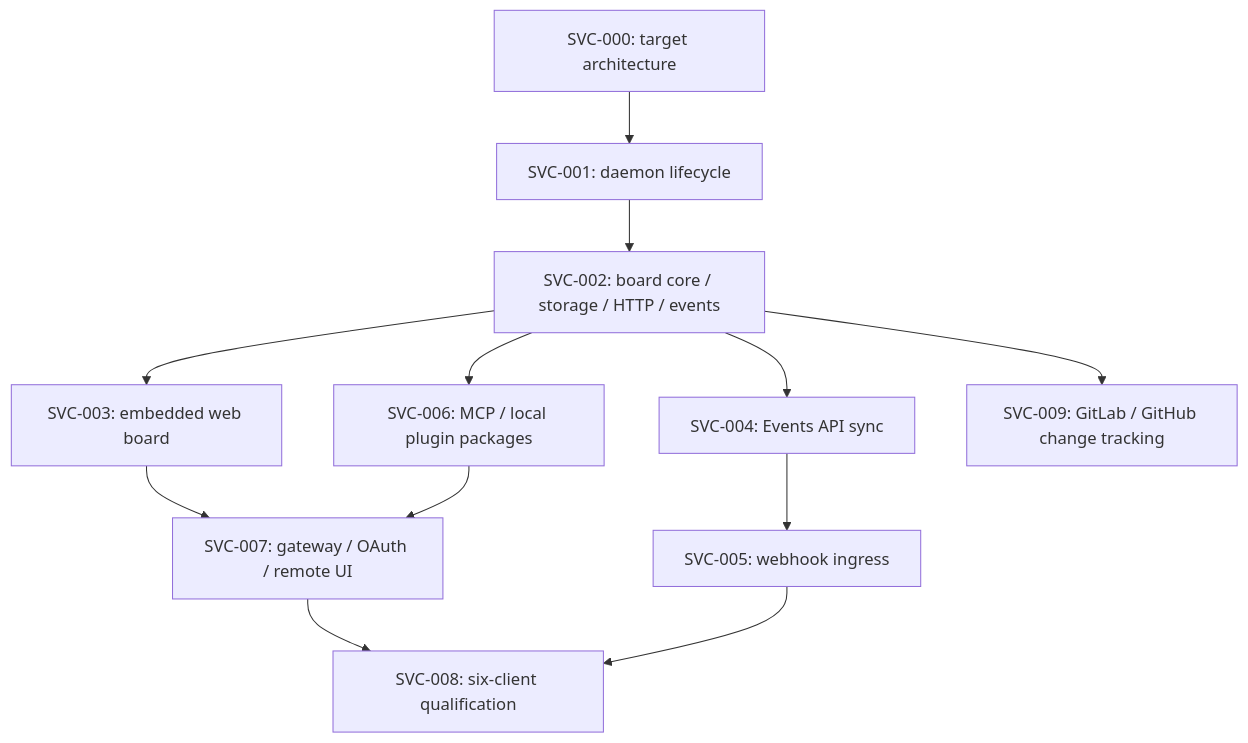
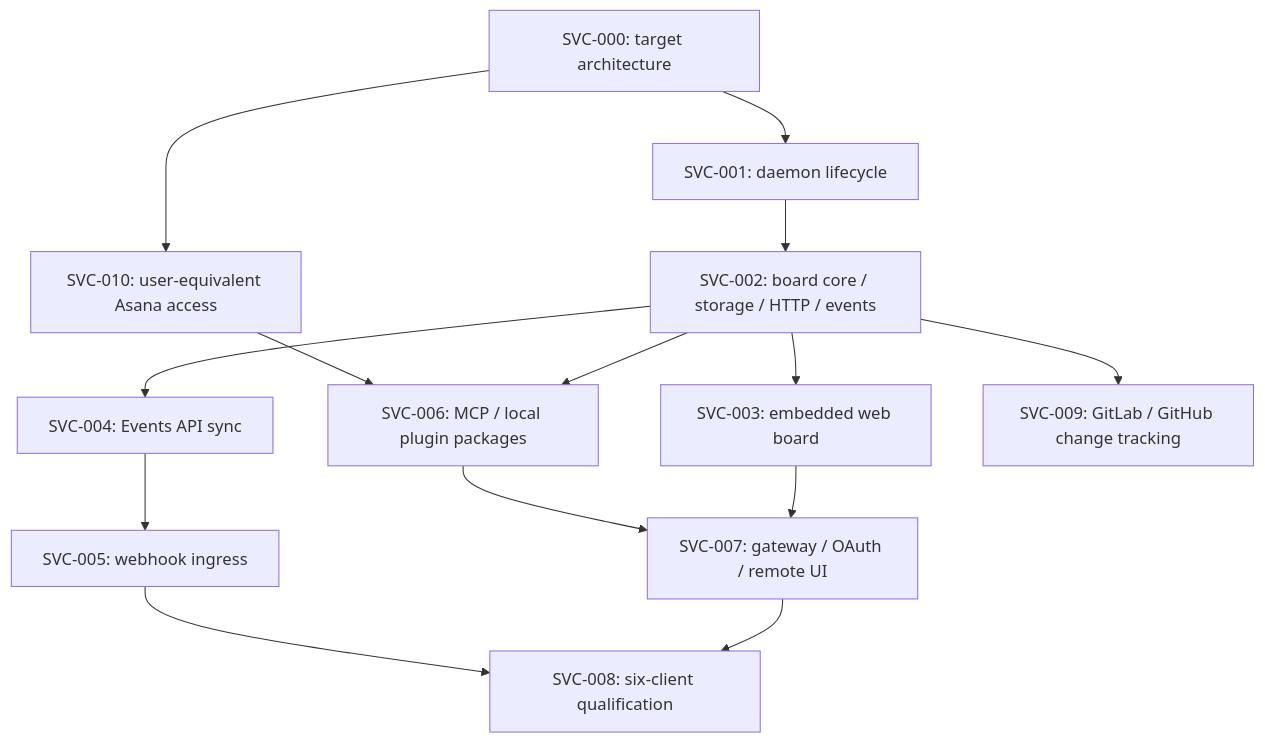
One commit to ggkguelensan/asana-cli changed the diagram in docs/service-delivery-plan.md. Above: the diagram before and after it, drawn with Mermaid. The commit also changed other lines of this file and 7 other files, not shown here.

````diff
--- a/docs/service-delivery-plan.md
+++ b/docs/service-delivery-plan.md
@@ -33,14 +35,16 @@
 ```mermaid
 flowchart TD
     D[SVC-000: target architecture] --> L[SVC-001: daemon lifecycle]
+    D --> AUTH[SVC-010: user-equivalent Asana access]
     L --> B[SVC-002: board core / storage / HTTP / events]
     B --> UI[SVC-003: embedded web board]
     B --> SY[SVC-004: Events API sync]
     SY --> WH[SVC-005: webhook ingress]
     B --> MCP[SVC-006: MCP / local plugin packages]
+    AUTH --> MCP
     UI --> GW[SVC-007: gateway / OAuth / remote UI]
     MCP --> GW
     GW --> Q[SVC-008: six-client qualification]
     WH --> Q
     B --> GIT[SVC-009: GitLab / GitHub change tracking]
 ```
````
